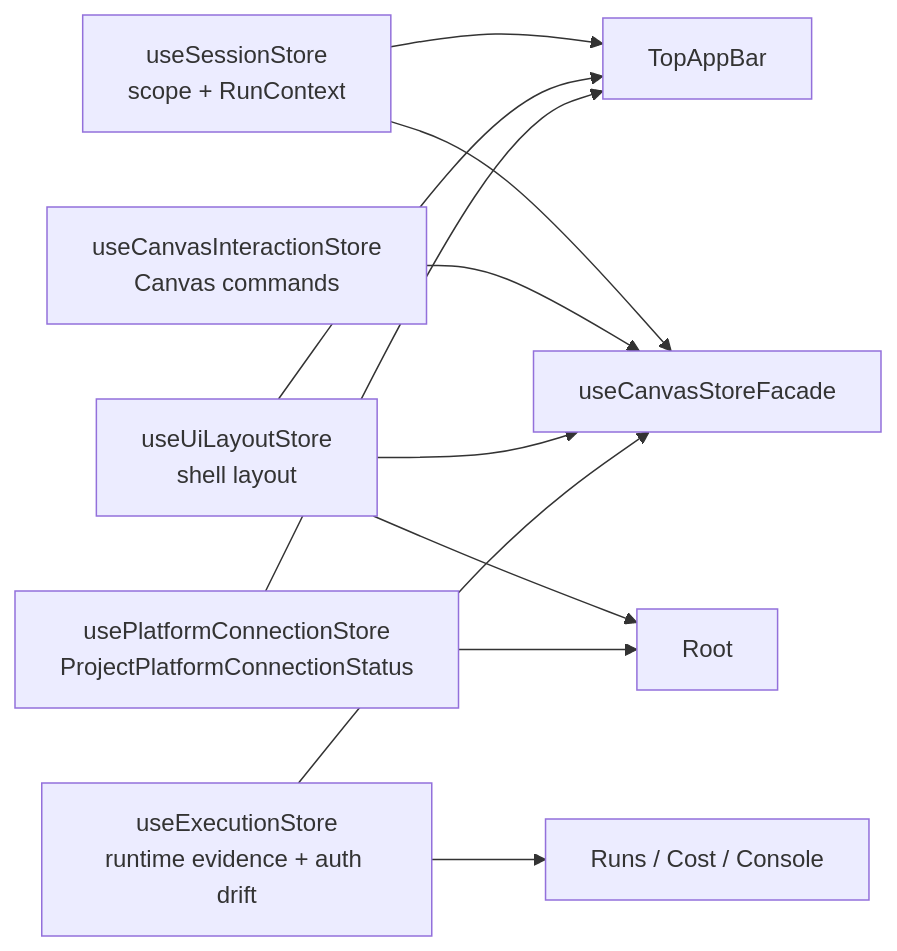
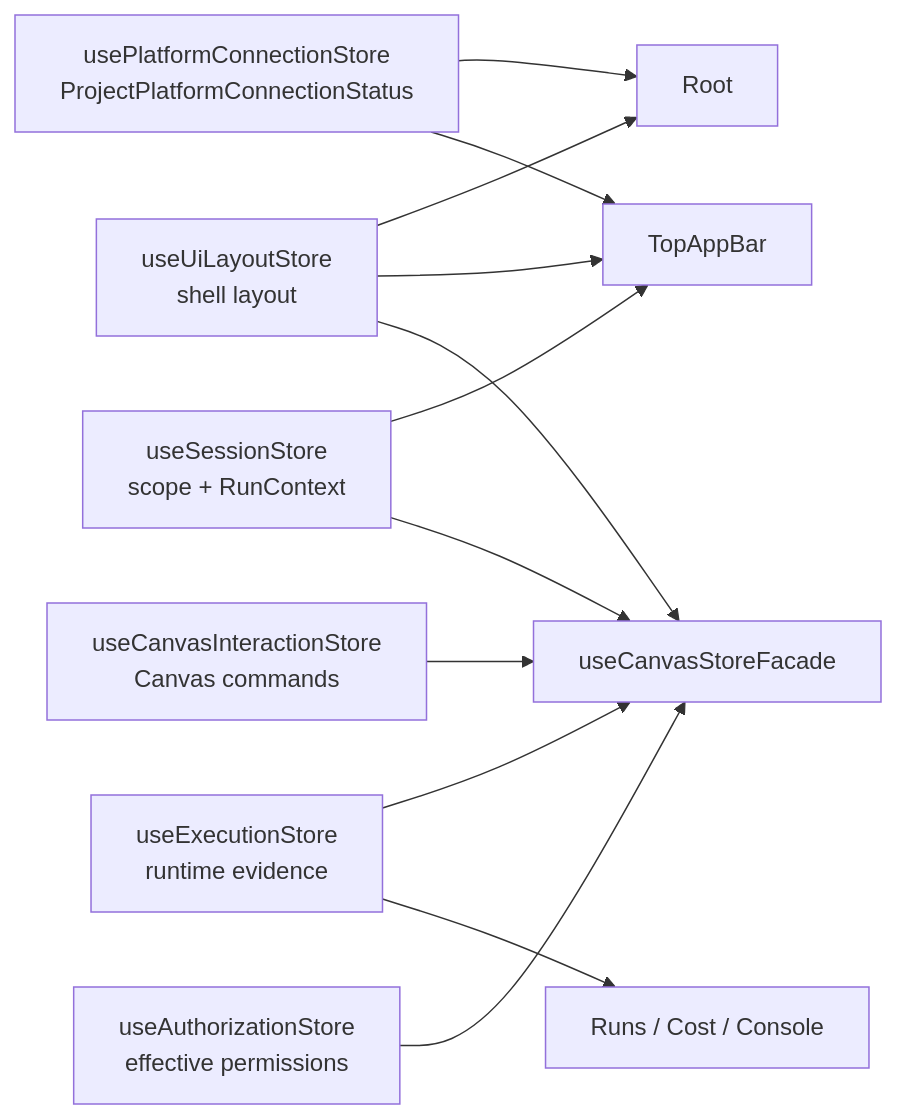
One commit to dunay2/dvt changed the second of 2 diagrams in docs/architecture/components/web/web-store-domain-ownership-local-guide.md. Above: the diagram before and after it, drawn with Mermaid. The commit also changed other lines of this file and 26 other files, not shown here.

Commit message:
refactor(web): Hard cut authorization store ownership

````diff
--- a/docs/architecture/components/web/web-store-domain-ownership-local-guide.md
+++ b/docs/architecture/components/web/web-store-domain-ownership-local-guide.md
@@ -74,24 +97,26 @@
 ```mermaid
 flowchart LR
   Session["useSessionStore<br/>scope + RunContext"]
   Interaction["useCanvasInteractionStore<br/>Canvas commands"]
   Layout["useUiLayoutStore<br/>shell layout"]
   Status["usePlatformConnectionStore<br/>ProjectPlatformConnectionStatus"]
-  Execution["useExecutionStore<br/>runtime evidence + auth drift"]
+  Execution["useExecutionStore<br/>runtime evidence"]
+  Auth["useAuthorizationStore<br/>effective permissions"]
 
   Root["Root"]
   TopBar["TopAppBar"]
   CanvasFacade["useCanvasStoreFacade"]
   RuntimeViews["Runs / Cost / Console"]
 
   Session --> TopBar
   Session --> CanvasFacade
   Interaction --> CanvasFacade
   Layout --> Root
   Layout --> TopBar
   Layout --> CanvasFacade
   Status --> Root
   Status --> TopBar
   Execution --> CanvasFacade
   Execution --> RuntimeViews
+  Auth --> CanvasFacade
 ```
````
